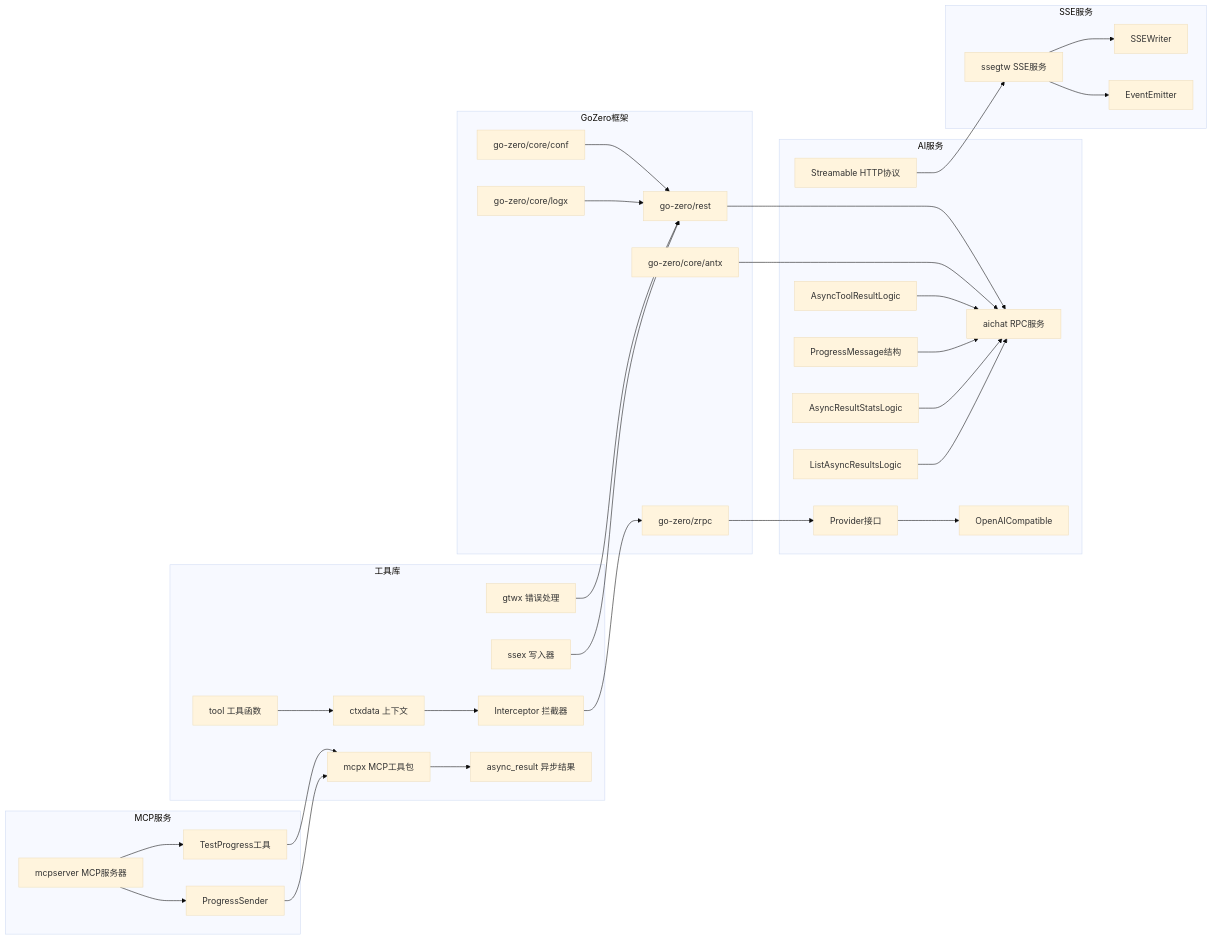
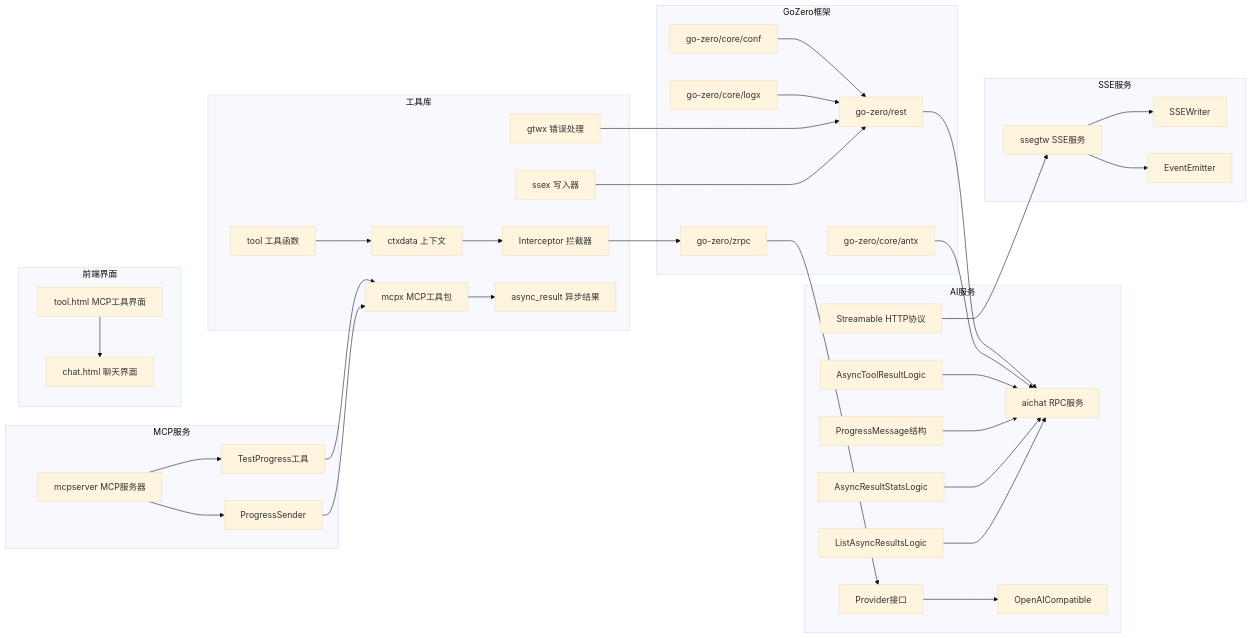
Before and after one commit to maomao94/zero-service: diagram 18 of 19 in .qoder/repowiki/zh/content/网关与接口/AI网关服务.md, drawn with Mermaid (base theme). The commit also changed other lines of this file and 48 other files, not shown here.

````diff
--- a/.qoder/repowiki/zh/content/网关与接口/AI网关服务.md
+++ b/.qoder/repowiki/zh/content/网关与接口/AI网关服务.md
@@ -1119,62 +1265,67 @@
 ```mermaid
 graph LR
 subgraph "GoZero框架"
 A[go-zero/core/conf]
 B[go-zero/core/logx]
 C[go-zero/rest]
 D[go-zero/zrpc]
 E[go-zero/core/antx]
 end
 subgraph "AI服务"
 F[aichat RPC服务]
 G[Provider接口]
 H[OpenAICompatible]
 I[Streamable HTTP协议]
 J[AsyncToolResultLogic]
 K[ProgressMessage结构]
 L[AsyncResultStatsLogic]
 M[ListAsyncResultsLogic]
 end
 subgraph "SSE服务"
 N[ssegtw SSE服务]
 O[SSEWriter]
 P[EventEmitter]
 end
 subgraph "MCP服务"
 Q[mcpserver MCP服务器]
 R[TestProgress工具]
 S[ProgressSender]
 end
 subgraph "工具库"
 T[gtwx 错误处理]
 U[Interceptor 拦截器]
 V[ssex 写入器]
 W[ctxdata 上下文]
 X[tool 工具函数]
 Y[mcpx MCP工具包]
 Z[async_result 异步结果]
 end
+subgraph "前端界面"
+AA[tool.html MCP工具界面]
+AB[chat.html 聊天界面]
+end
 A --> C
 B --> C
 C --> F
 D --> G
 E --> F
 G --> H
 I --> N
 J --> F
 K --> F
 L --> F
 M --> F
 N --> O
 N --> P
 Q --> R
 Q --> S
 R --> Y
 S --> Y
 Y --> Z
 T --> C
 U --> D
 V --> C
 W --> U
 X --> W
+AA --> AB
 ```
````
